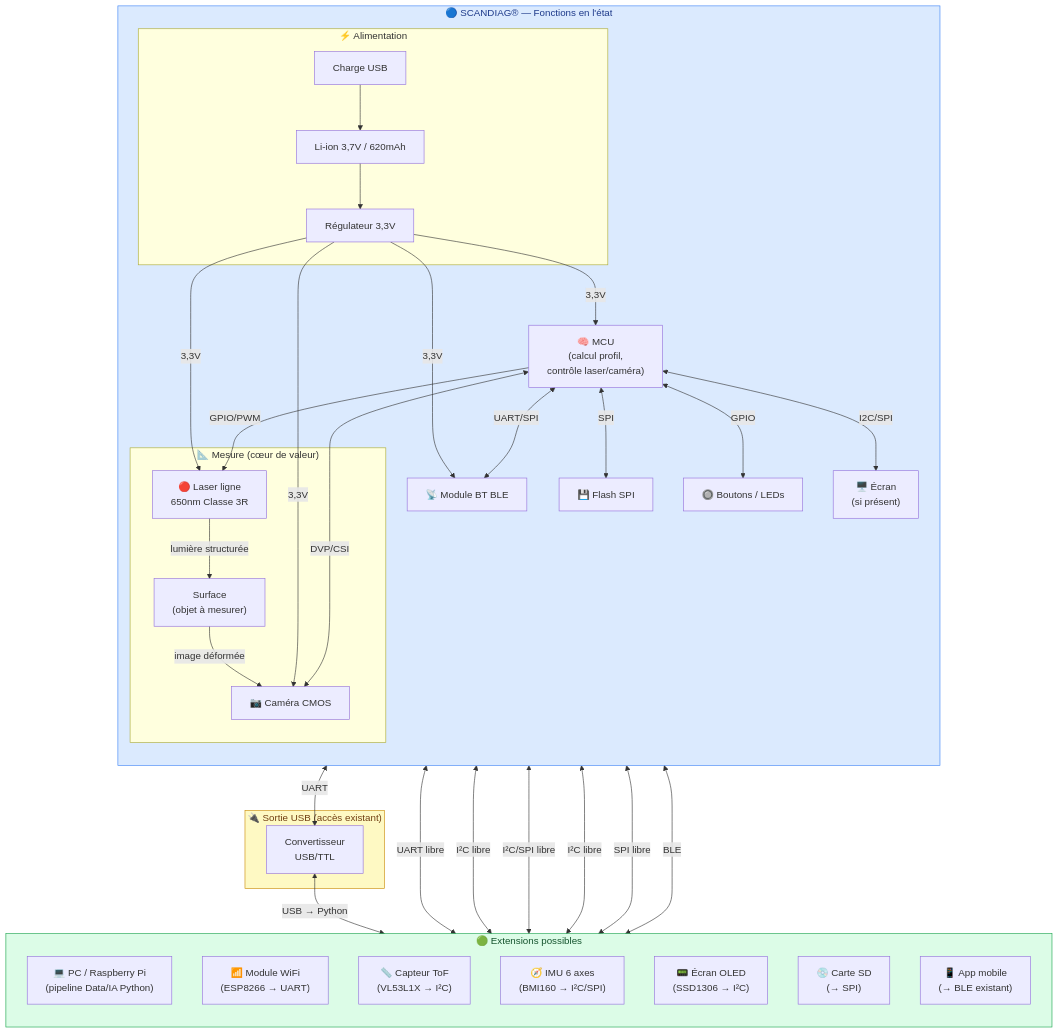
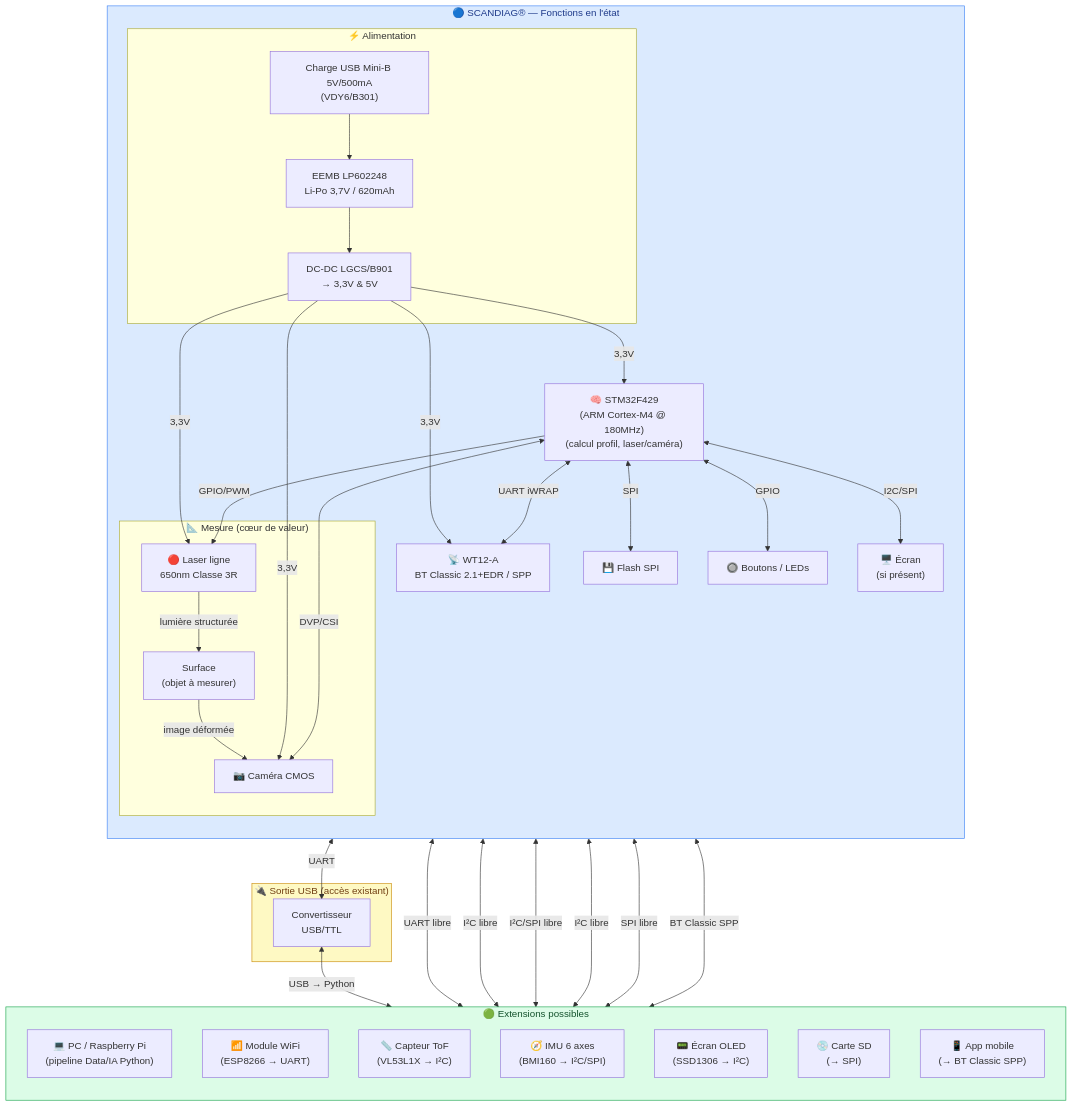
The diagram in 02-champ-des-possibles/schema-extensions.md (rsladky/Concours-Natio-IA-Data), drawn with Mermaid before and after one commit. The commit also changed other lines of this file and 3 other files, not shown here.

Commit message:
Feat: Dossier final + schema

````diff
--- a/02-champ-des-possibles/schema-extensions.md
+++ b/02-champ-des-possibles/schema-extensions.md
@@ -7,67 +7,67 @@
 ```mermaid
 flowchart TD
     subgraph PRODUIT["🔵 SCANDIAG® — Fonctions en l'état"]
         direction TB
 
         subgraph ALIM["⚡ Alimentation"]
-            BAT["Li-ion 3,7V / 620mAh"]
-            CHG["Charge USB"]
-            REG["Régulateur 3,3V"]
+            BAT["EEMB LP602248\nLi-Po 3,7V / 620mAh"]
+            CHG["Charge USB Mini-B 5V/500mA\n(VDY6/B301)"]
+            REG["DC-DC LGCS/B901\n→ 3,3V & 5V"]
             BAT --> REG
             CHG --> BAT
         end
 
         subgraph MESURE["📐 Mesure (cœur de valeur)"]
             LASER["🔴 Laser ligne\n650nm Classe 3R"]
             CAM["📷 Caméra CMOS"]
             LASER -->|lumière structurée| SURFACE["Surface\n(objet à mesurer)"]
             SURFACE -->|image déformée| CAM
         end
 
-        MCU["🧠 MCU\n(calcul profil,\ncontrôle laser/caméra)"]
-        BT["📡 Module BT BLE"]
+        MCU["🧠 STM32F429\n(ARM Cortex-M4 @ 180MHz)\n(calcul profil, laser/caméra)"]
+        BT["📡 WT12-A\nBT Classic 2.1+EDR / SPP"]
         FLASH["💾 Flash SPI"]
         BTNS["🔘 Boutons / LEDs"]
         ECRAN["🖥️ Écran\n(si présent)"]
 
         REG -->|3,3V| MCU
         REG -->|3,3V| BT
         REG -->|3,3V| LASER
         REG -->|3,3V| CAM
         MCU <-->|DVP/CSI| CAM
         MCU -->|GPIO/PWM| LASER
-        MCU <-->|UART/SPI| BT
+        MCU <-->|UART iWRAP| BT
         MCU <-->|SPI| FLASH
         MCU <-->|GPIO| BTNS
         MCU <-->|I2C/SPI| ECRAN
     end
 
     subgraph USB_OUT["🔌 Sortie USB (accès existant)"]
         USBTL["Convertisseur\nUSB/TTL"]
         MCU <-->|UART| USBTL
     end
 
     subgraph EXTENSIONS["🟢 Extensions possibles"]
         direction TB
 
         E_PC["💻 PC / Raspberry Pi\n(pipeline Data/IA Python)"]
         E_WIFI["📶 Module WiFi\n(ESP8266 → UART)"]
         E_TOF["📏 Capteur ToF\n(VL53L1X → I²C)"]
         E_IMU["🧭 IMU 6 axes\n(BMI160 → I²C/SPI)"]
         E_OLED["📟 Écran OLED\n(SSD1306 → I²C)"]
         E_SD["💿 Carte SD\n(→ SPI)"]
-        E_APP["📱 App mobile\n(→ BLE existant)"]
+        E_APP["📱 App mobile\n(→ BT Classic SPP)"]
     end
 
     USBTL <-->|USB → Python| E_PC
     MCU <-->|UART libre| E_WIFI
     MCU <-->|I²C libre| E_TOF
     MCU <-->|I²C/SPI libre| E_IMU
     MCU <-->|I²C libre| E_OLED
     MCU <-->|SPI libre| E_SD
-    BT <-->|BLE| E_APP
+    BT <-->|BT Classic SPP| E_APP
 
     style PRODUIT fill:#dbeafe,stroke:#3b82f6,color:#1e3a8a
     style EXTENSIONS fill:#dcfce7,stroke:#16a34a,color:#14532d
     style USB_OUT fill:#fef9c3,stroke:#ca8a04,color:#713f12
 ```
````
